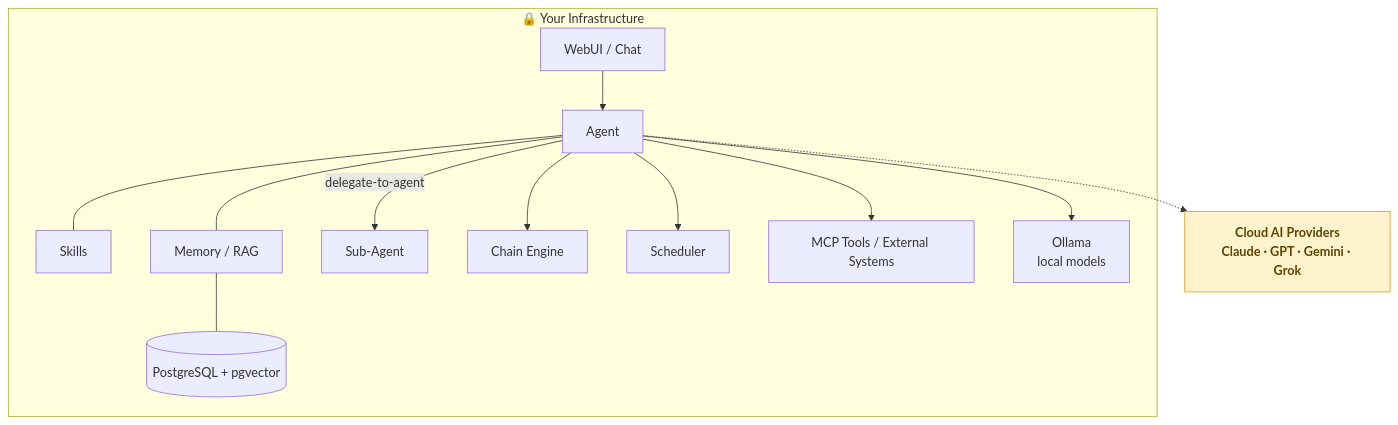
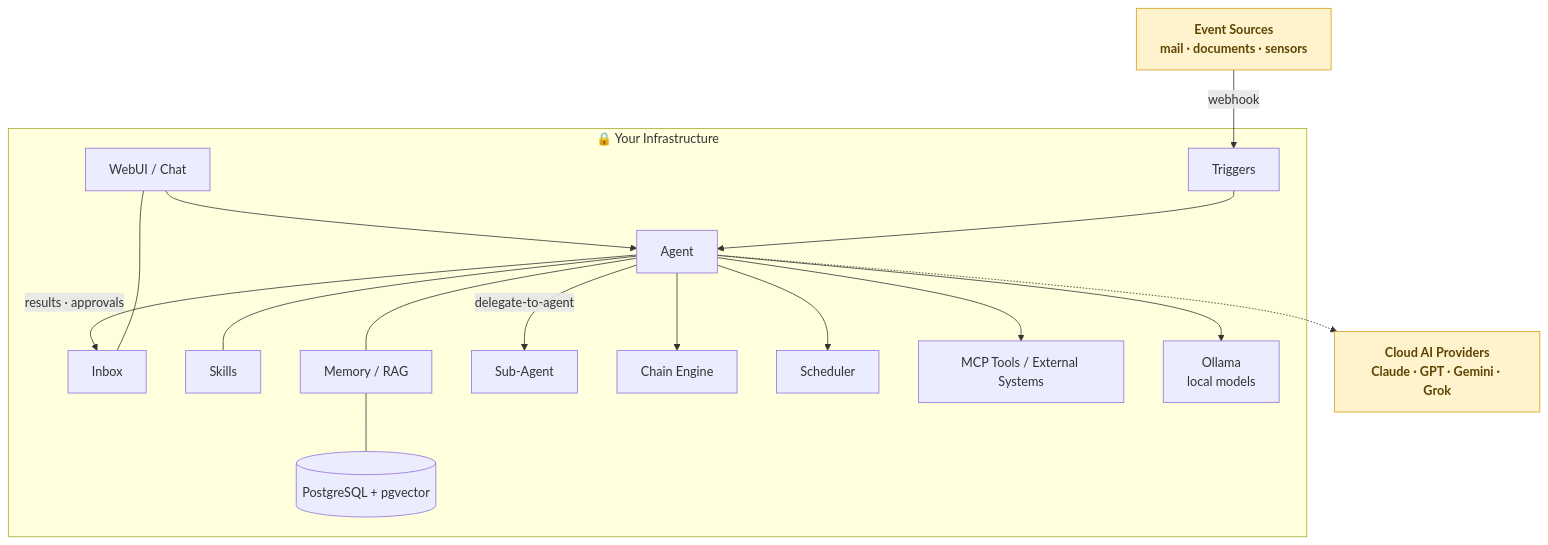
The diagram in README.md (Ontheia/ontheia), drawn with Mermaid before and after one commit. The commit also changed other lines of this file and 2 other files, not shown here.

Commit message:
docs: triggers and inbox in the README, Paperless read-and-tag variant
README: both features in At a glance and What's inside, the diagram
shows event sources calling triggers and the agent reporting to the
inbox.

Compatible MCP servers: a second configuration for
@orellbuehler/paperless-mcp 1.6.1 that blocks tools by list and leaves
reading plus update_document and add_document_note, with a note that a
block list lets new tools through on an update.

````diff
--- a/README.md
+++ b/README.md
@@ -67,18 +71,22 @@
 ```mermaid
 flowchart TB
     subgraph infra["🔒 Your Infrastructure"]
         UI[WebUI / Chat] --> A1[Agent]
+        TRG[Triggers] --> A1
+        A1 -->|results · approvals| INBOX[Inbox]
+        INBOX --- UI
         A1 --- SK[Skills]
         A1 --- MEM[Memory / RAG]
         MEM --- DB[(PostgreSQL + pgvector)]
         A1 -->|delegate-to-agent| A2[Sub-Agent]
         A1 --> CE[Chain Engine]
         A1 --> SCH[Scheduler]
         A1 --> TOOLS[MCP Tools / External Systems]
         A1 --> OLLAMA[Ollama<br/>local models]
     end
     A1 -.-> PROV[Cloud AI Providers<br/>Claude · GPT · Gemini · Grok]
+    EXT[Event Sources<br/>mail · documents · sensors] -->|webhook| TRG
 
     classDef external fill:#fff3cd,stroke:#d4a017,stroke-width:1px,color:#5c4400,font-weight:bold;
-    class PROV external;
+    class PROV,EXT external;
 ```
````
